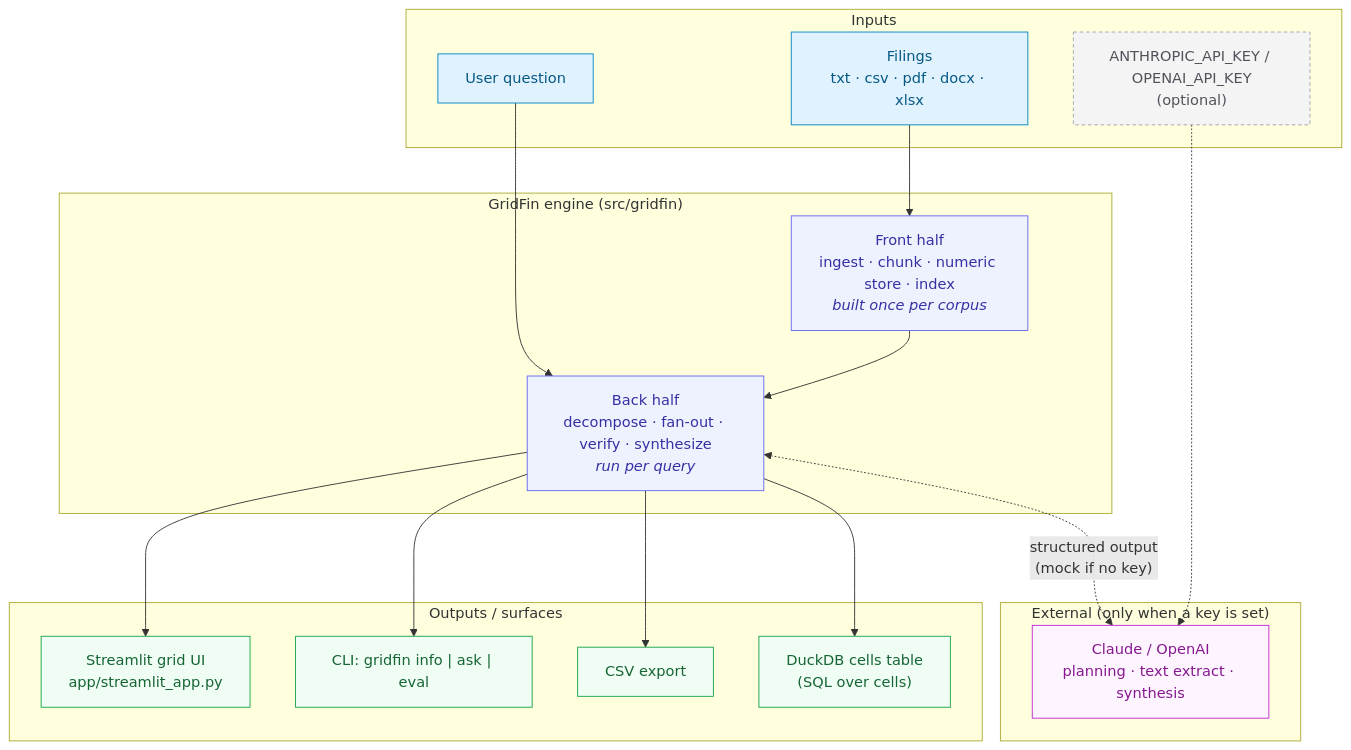
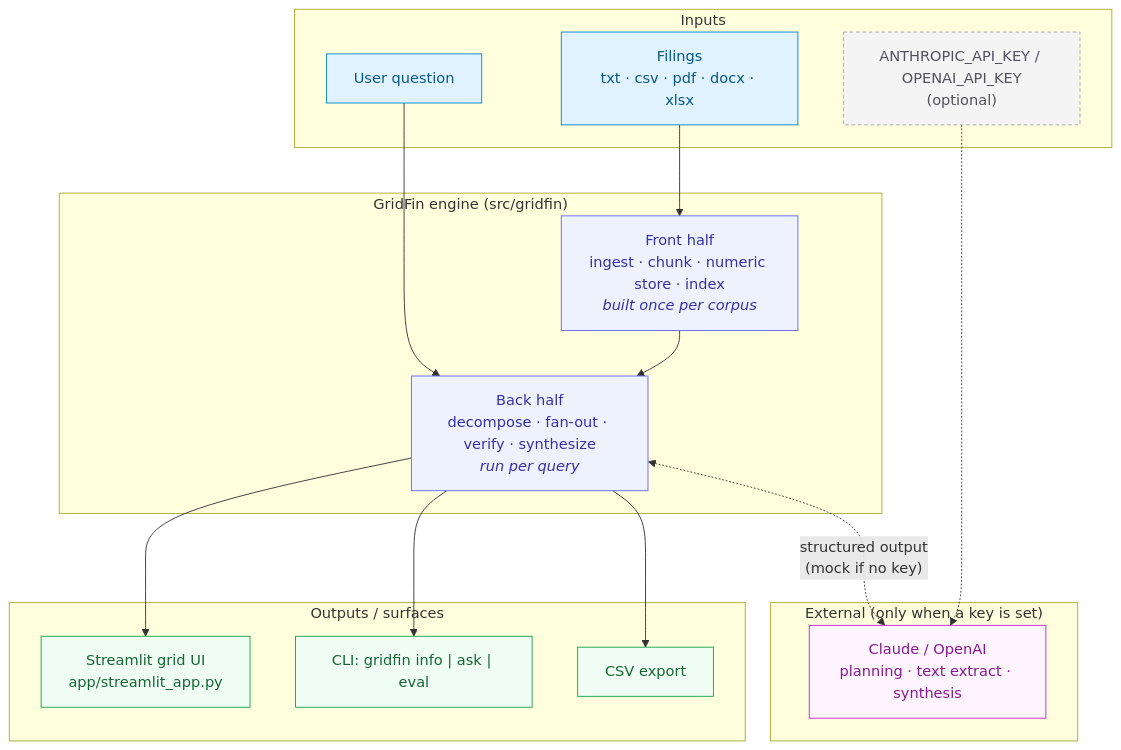
Before and after one commit to hemcharan710-afk/gridfin: the second of 16 diagrams in docs/ARCHITECTURE_AND_PLAN.md, drawn with Mermaid. The commit also changed other lines of this file and 11 other files, not shown here.

````diff
--- a/docs/ARCHITECTURE_AND_PLAN.md
+++ b/docs/ARCHITECTURE_AND_PLAN.md
@@ -94,37 +94,36 @@
 ```mermaid
 flowchart TB
     subgraph IN["Inputs"]
         FILES["Filings<br/>txt · csv · pdf · docx · xlsx"]:::in
         QUESTION["User question"]:::in
         KEY["ANTHROPIC_API_KEY / OPENAI_API_KEY<br/>(optional)"]:::opt
     end
 
     subgraph CORE["GridFin engine (src/gridfin)"]
         FRONT["Front half<br/>ingest · chunk · numeric store · index<br/><i>built once per corpus</i>"]:::core
         BACK["Back half<br/>decompose · fan-out · verify · synthesize<br/><i>run per query</i>"]:::core
         FRONT --> BACK
     end
 
     subgraph EXT["External (only when a key is set)"]
         CLAUDE["Claude / OpenAI<br/>planning · text extract · synthesis"]:::ext
     end
 
     subgraph OUT["Outputs / surfaces"]
         UI["Streamlit grid UI<br/>app/streamlit_app.py"]:::out
         CLI["CLI: gridfin info | ask | eval"]:::out
         CSV["CSV export"]:::out
-        DUCK["DuckDB cells table<br/>(SQL over cells)"]:::out
     end
 
     FILES --> FRONT
     QUESTION --> BACK
     KEY -.-> CLAUDE
     BACK <-.->|"structured output<br/>(mock if no key)"| CLAUDE
-    BACK --> UI & CLI & CSV & DUCK
+    BACK --> UI & CLI & CSV
 
     classDef in fill:#e0f2fe,color:#075985,stroke:#0284c7;
     classDef opt fill:#f4f4f5,color:#52525b,stroke:#a1a1aa,stroke-dasharray:4 3;
     classDef core fill:#eef2ff,color:#3730a3,stroke:#6366f1;
     classDef ext fill:#fdf4ff,color:#86198f,stroke:#c026d3;
     classDef out fill:#f0fdf4,color:#166534,stroke:#16a34a;
 ```
````
